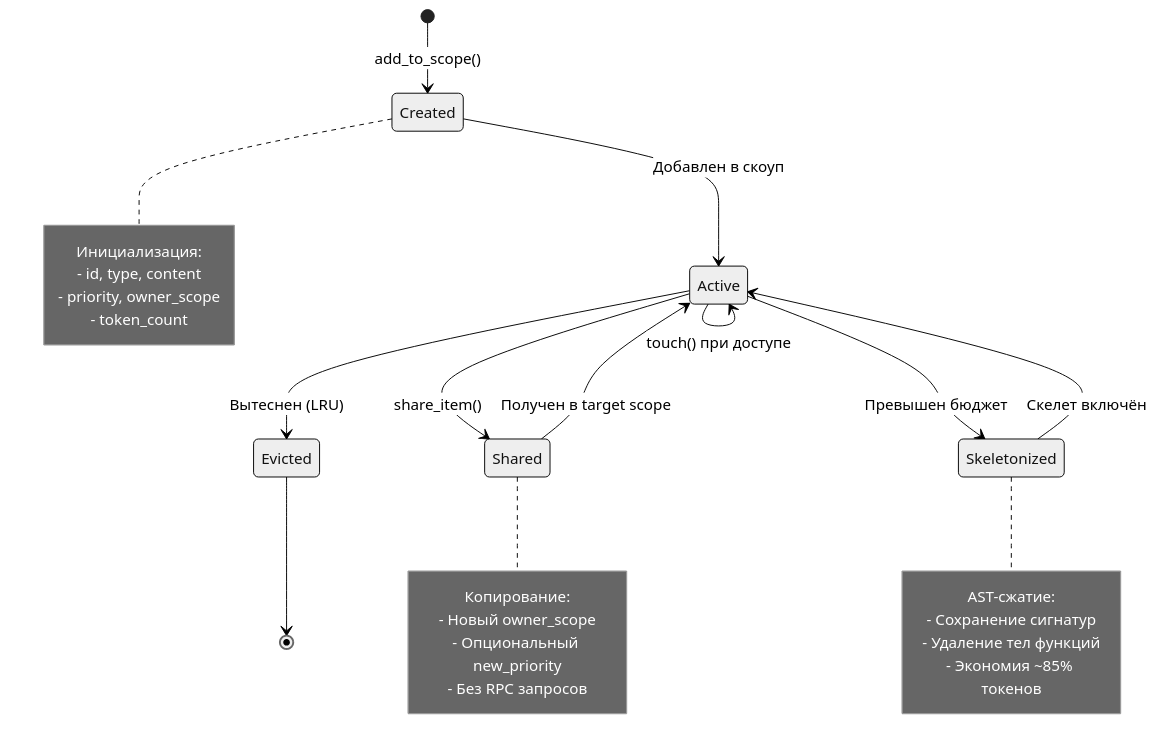
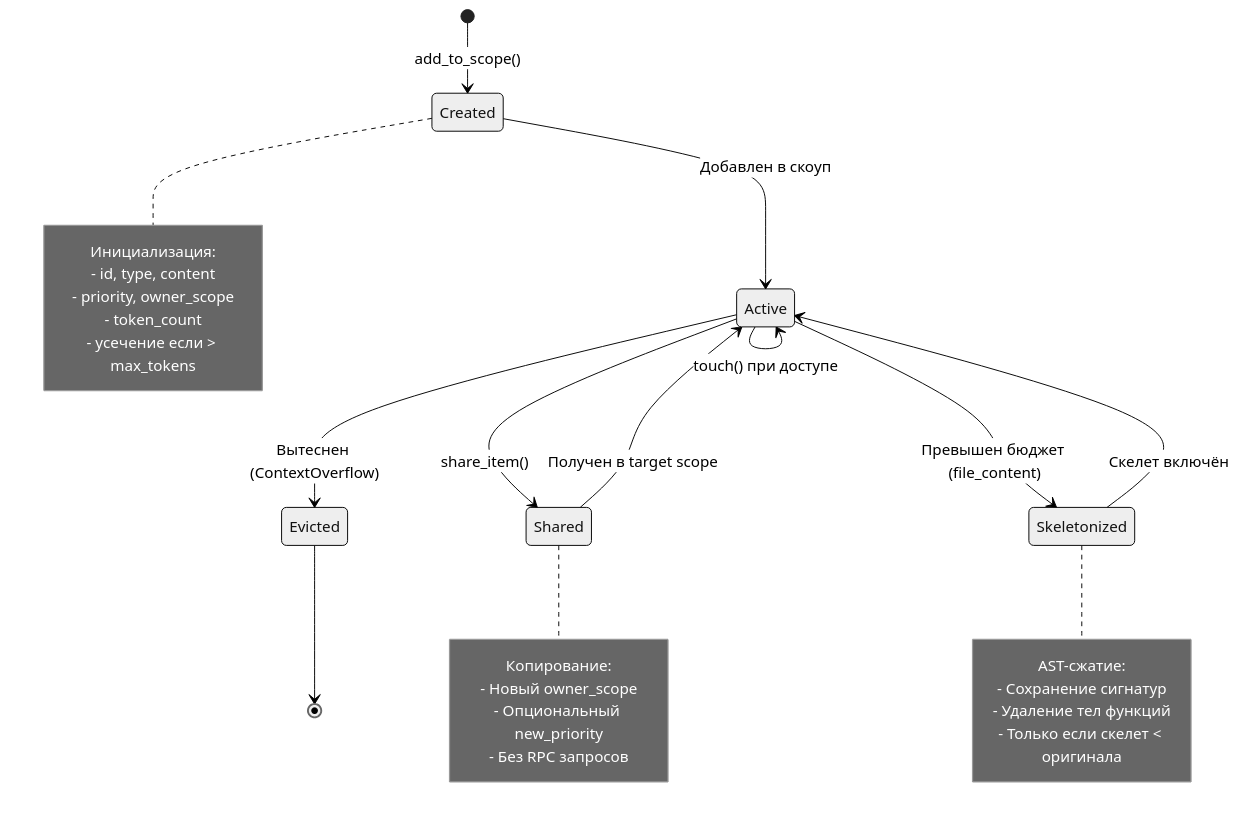
The seventh of 10 diagrams in doc/internals/architecture/fcm/DIAGRAMS.md (pese-git/codelab-agent), drawn with Mermaid (neutral theme) before and after one commit. The commit also changed other lines of this file and 7 other files, not shown here.

````diff
--- a/doc/internals/architecture/fcm/DIAGRAMS.md
+++ b/doc/internals/architecture/fcm/DIAGRAMS.md
@@ -315,33 +344,34 @@
 ```mermaid
 stateDiagram-v2
     [*] --> Created: add_to_scope()
     Created --> Active: Добавлен в скоуп
     Active --> Active: touch() при доступе
     Active --> Shared: share_item()
     Shared --> Active: Получен в target scope
-    Active --> Skeletonized: Превышен бюджет
+    Active --> Skeletonized: Превышен бюджет (file_content)
     Skeletonized --> Active: Скелет включён
-    Active --> Evicted: Вытеснен (LRU)
+    Active --> Evicted: Вытеснен (ContextOverflow)
     Evicted --> [*]
-    
+
     note right of Created
         Инициализация:
         - id, type, content
         - priority, owner_scope
         - token_count
+        - усечение если > max_tokens
     end note
-    
+
     note right of Shared
         Копирование:
         - Новый owner_scope
         - Опциональный new_priority
         - Без RPC запросов
     end note
-    
+
     note right of Skeletonized
         AST-сжатие:
         - Сохранение сигнатур
         - Удаление тел функций
-        - Экономия ~85% токенов
+        - Только если скелет < оригинала
     end note
 ```
````
